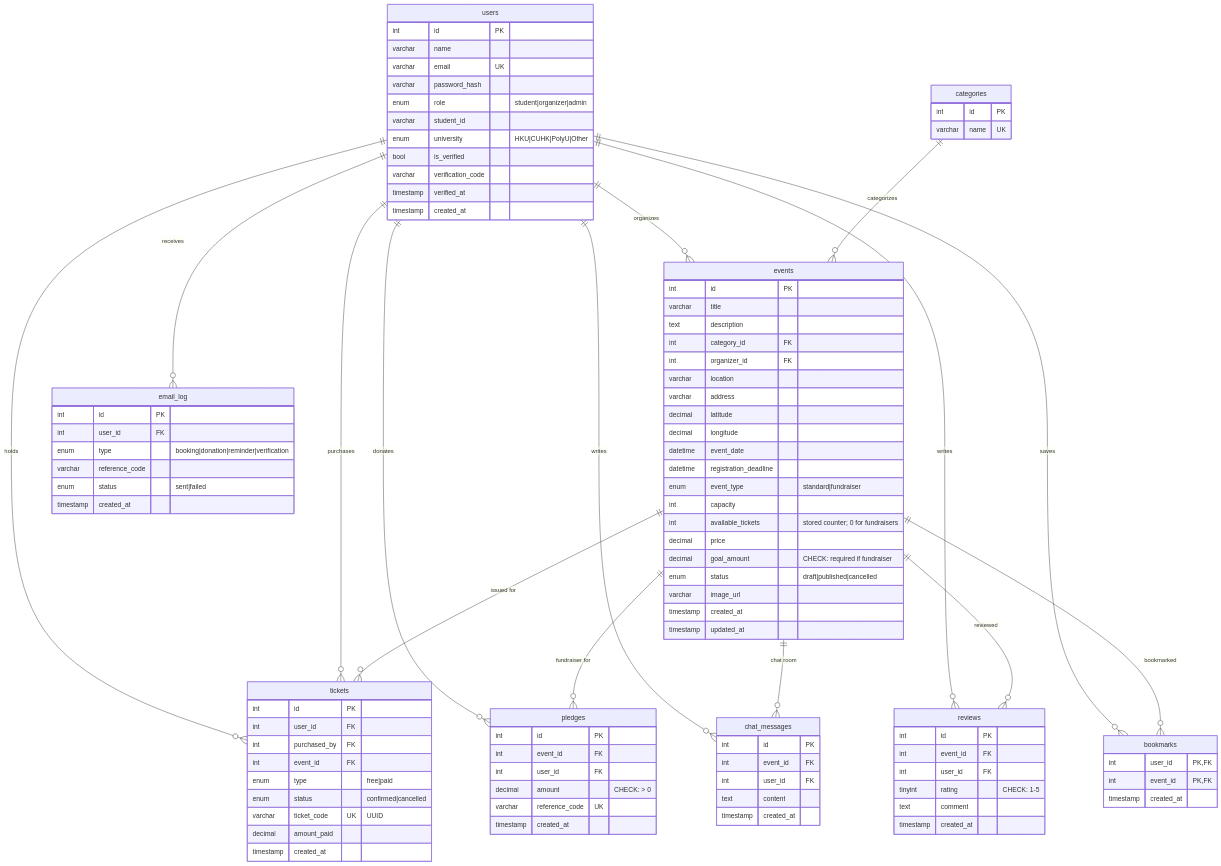
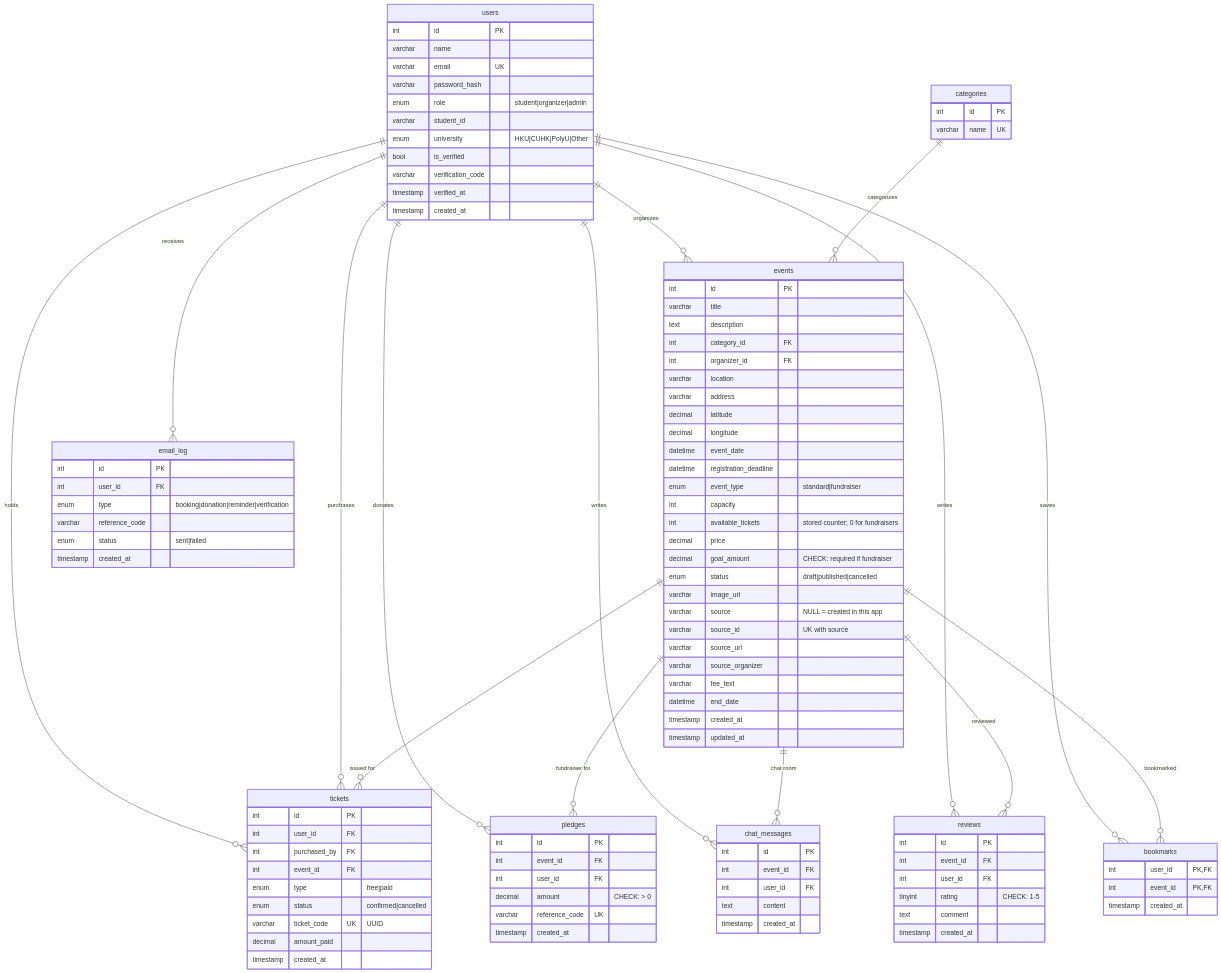
Before and after one commit to fttcata/hk-student-event-finder: the diagram in database/ER_DIAGRAM.md, drawn with Mermaid. The commit also changed other lines of this file and 9 other files, not shown here.

```diff
--- a/database/ER_DIAGRAM.md
+++ b/database/ER_DIAGRAM.md
@@ -57,6 +57,12 @@
         decimal goal_amount "CHECK: required if fundraiser"
         enum status "draft|published|cancelled"
         varchar image_url
+        varchar source "NULL = created in this app"
+        varchar source_id "UK with source"
+        varchar source_url
+        varchar source_organizer
+        varchar fee_text
+        datetime end_date
         timestamp created_at
         timestamp updated_at
     }
```
